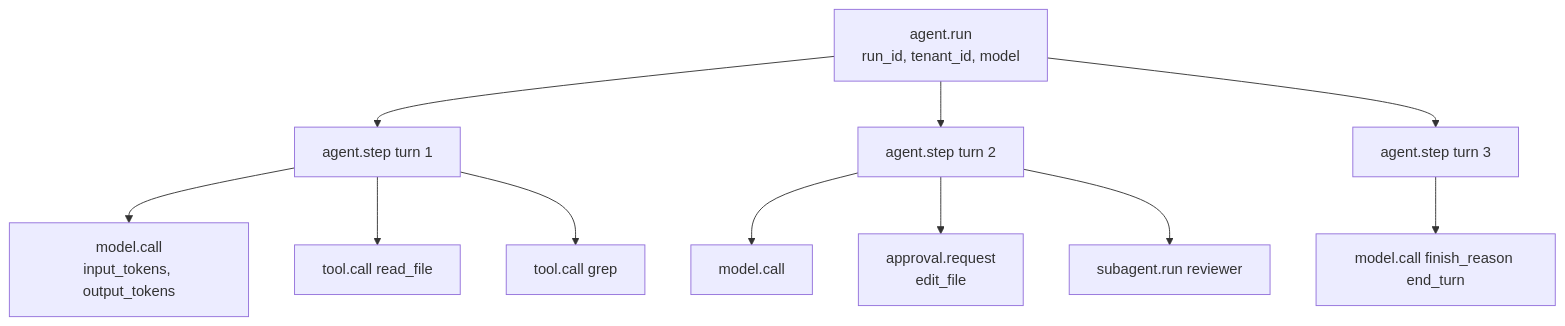
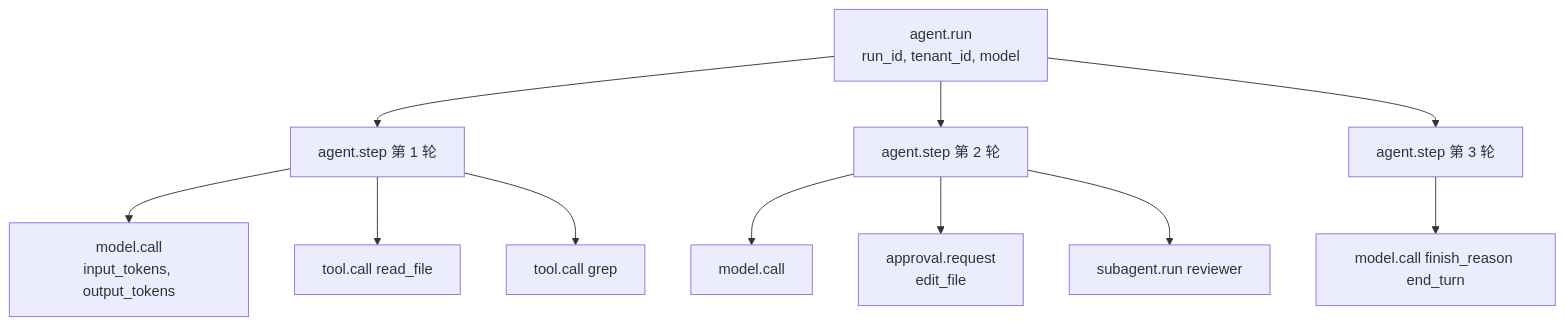
One commit to ocxers/agentic-ai-system-course-zh changed the first of 2 diagrams in course-zh/16-observability.md. Above: the diagram before and after it, drawn with Mermaid. The commit also changed other lines of this file and 14 other files, not shown here.

````diff
--- a/course-zh/16-observability.md
+++ b/course-zh/16-observability.md
@@ -36,24 +36,24 @@
 ```mermaid
 graph TD
     Root["agent.run<br/>run_id, tenant_id, model"]
-    Step1["agent.step turn 1"]
+    Step1["agent.step 第 1 轮"]
     M1["model.call<br/>input_tokens, output_tokens"]
     T1["tool.call read_file"]
     T2["tool.call grep"]
-    Step2["agent.step turn 2"]
+    Step2["agent.step 第 2 轮"]
     M2["model.call"]
     A1["approval.request<br/>edit_file"]
     SA["subagent.run reviewer"]
-    Step3["agent.step turn 3"]
+    Step3["agent.step 第 3 轮"]
     M3["model.call finish_reason end_turn"]
     Root --> Step1
     Step1 --> M1
     Step1 --> T1
     Step1 --> T2
     Root --> Step2
     Step2 --> M2
     Step2 --> A1
     Step2 --> SA
     Root --> Step3
     Step3 --> M3
 ```
````
